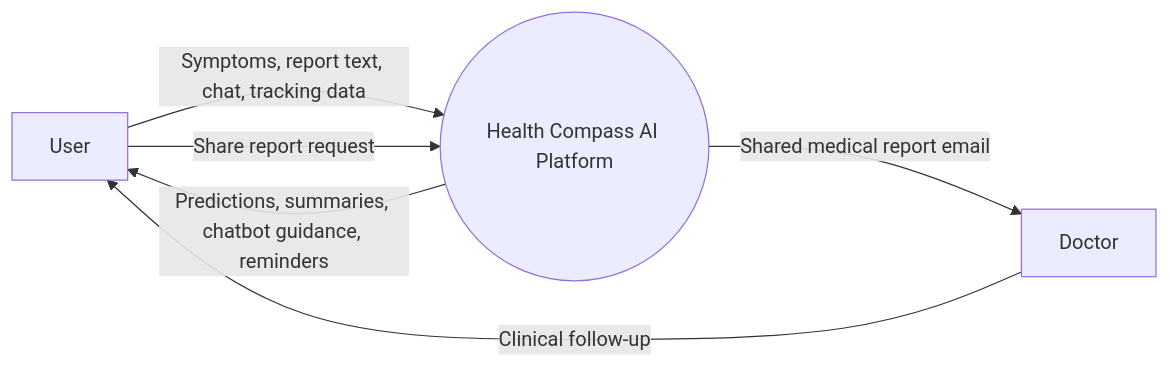
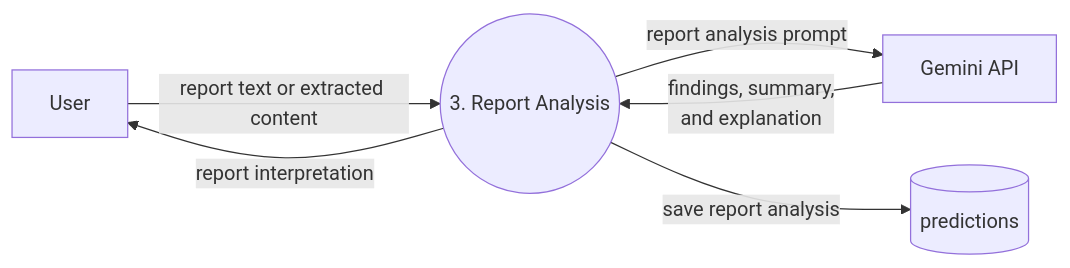
One commit to Addi-20042/MediBrief changed the sixth of 26 diagrams in ALL_MERMAID_DIAGRAMS.md. Above: the diagram before and after it, drawn with Mermaid. The commit also changed other lines of this file and 12 other files, not shown here.

Commit message:
Add admin fixes and update system diagrams

````diff
--- a/ALL_MERMAID_DIAGRAMS.md
+++ b/ALL_MERMAID_DIAGRAMS.md
@@ -100,12 +241,13 @@
 ```mermaid
 flowchart LR
-  U[User]
-  D[Doctor]
-  SYS((Health Compass AI Platform))
+  USER[User]
+  AI[Gemini API]
+  P3((3. Report Analysis))
+  D3[(predictions)]
 
-  U -->|Symptoms, report text, chat, tracking data| SYS
-  SYS -->|Predictions, summaries, chatbot guidance, reminders| U
-  U -->|Share report request| SYS
-  SYS -->|Shared medical report email| D
-  D -->|Clinical follow-up| U
+  USER -->|report text or extracted content| P3
+  P3 -->|report analysis prompt| AI
+  AI -->|findings, summary,<br/>and explanation| P3
+  P3 -->|save report analysis| D3
+  P3 -->|report interpretation| USER
 ```
````
